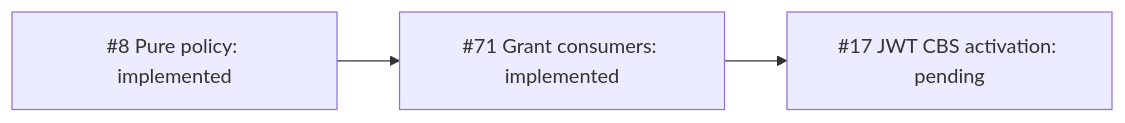
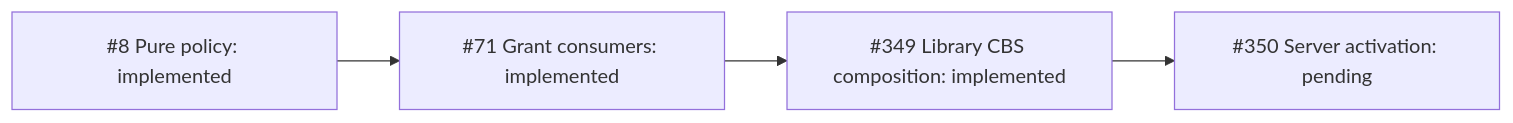
The diagram in docs/offline-jwt.md (DeandreT/switchyard), drawn with Mermaid before and after one commit. The commit also changed other lines of this file and 10 other files, not shown here.

Commit message:
feat(protocol): verify configured JWT CBS on admitted TLS connections (#357)

````diff
--- a/docs/offline-jwt.md
+++ b/docs/offline-jwt.md
@@ -7,5 +7,6 @@
 ```mermaid
 flowchart LR
     Policy["#8 Pure policy: implemented"] --> Consumers["#71 Grant consumers: implemented"]
-    Consumers --> Activation["#17 JWT CBS activation: pending"]
+    Consumers --> Composition["#349 Library CBS composition: implemented"]
+    Composition --> Activation["#350 Server activation: pending"]
 ```
````
